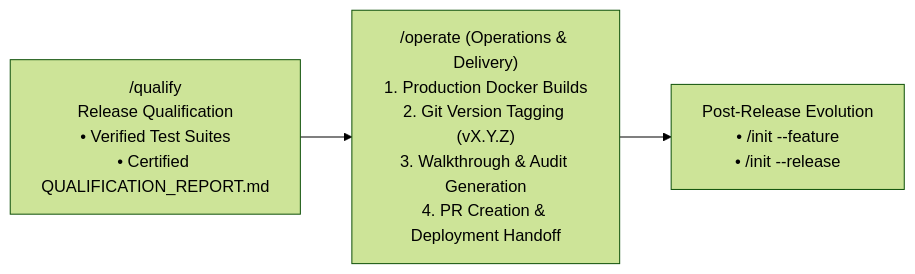
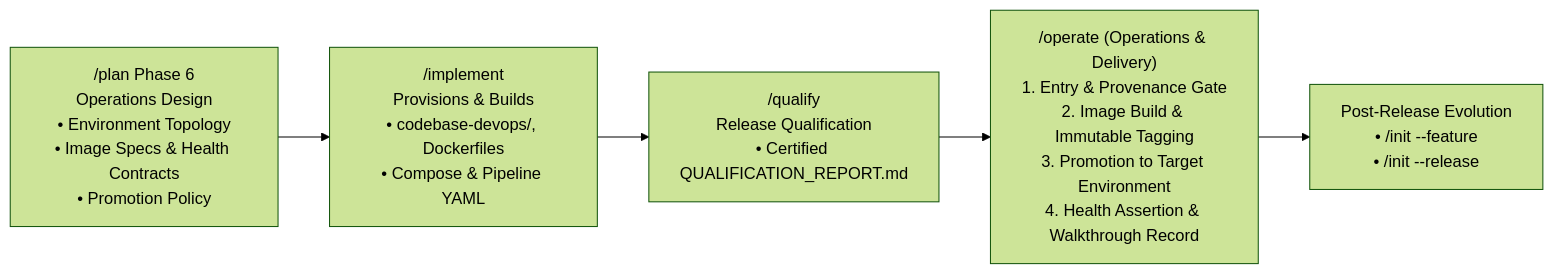
The first of 2 diagrams in actions/operate/operate_action.md (hrvthgergo/agent-driven-templates), drawn with Mermaid (forest theme) before and after one commit. The commit also changed other lines of this file and 15 other files, not shown here.

````diff
--- a/actions/operate/operate_action.md
+++ b/actions/operate/operate_action.md
@@ -11,6 +17,8 @@
 ```mermaid
 graph LR
-    Qualify["/qualify<br/>Release Qualification<br/>• Verified Test Suites<br/>• Certified QUALIFICATION_REPORT.md"]
-    --> Release["/operate (Operations & Delivery)<br/>1. Production Docker Builds<br/>2. Git Version Tagging (vX.Y.Z)<br/>3. Walkthrough & Audit Generation<br/>4. PR Creation & Deployment Handoff"]
+    Plan["/plan Phase 6<br/>Operations Design<br/>• Environment Topology<br/>• Image Specs & Health Contracts<br/>• Promotion Policy"]
+    --> Implement["/implement<br/>Provisions & Builds<br/>• codebase-devops/, Dockerfiles<br/>• Compose & Pipeline YAML"]
+    --> Qualify["/qualify<br/>Release Qualification<br/>• Certified QUALIFICATION_REPORT.md"]
+    --> Operate["/operate (Operations & Delivery)<br/>1. Entry & Provenance Gate<br/>2. Image Build & Immutable Tagging<br/>3. Promotion to Target Environment<br/>4. Health Assertion & Walkthrough Record"]
     --> Evolve["Post-Release Evolution<br/>• /init --feature <name><br/>• /init --release <version>"]
 ```
````
